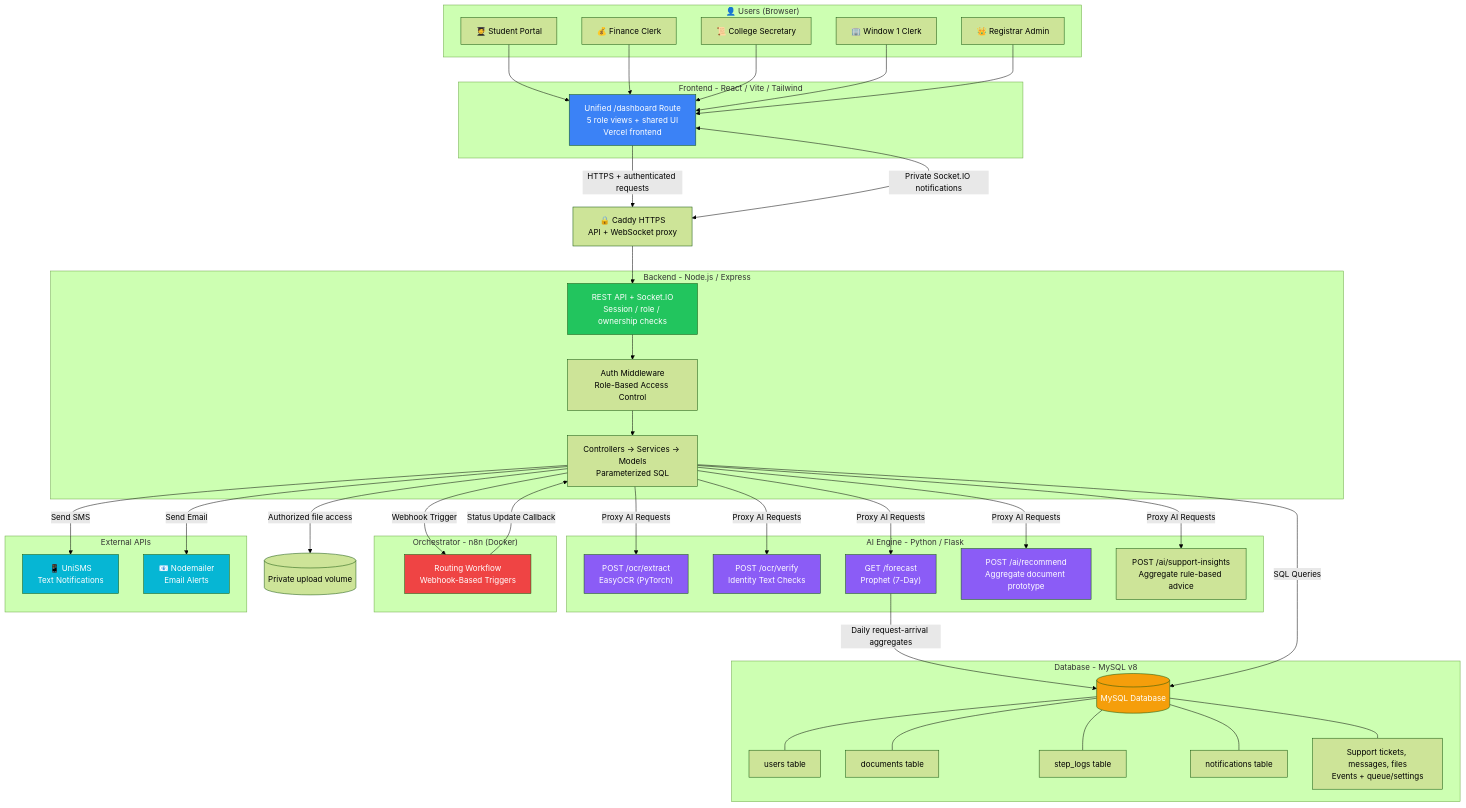
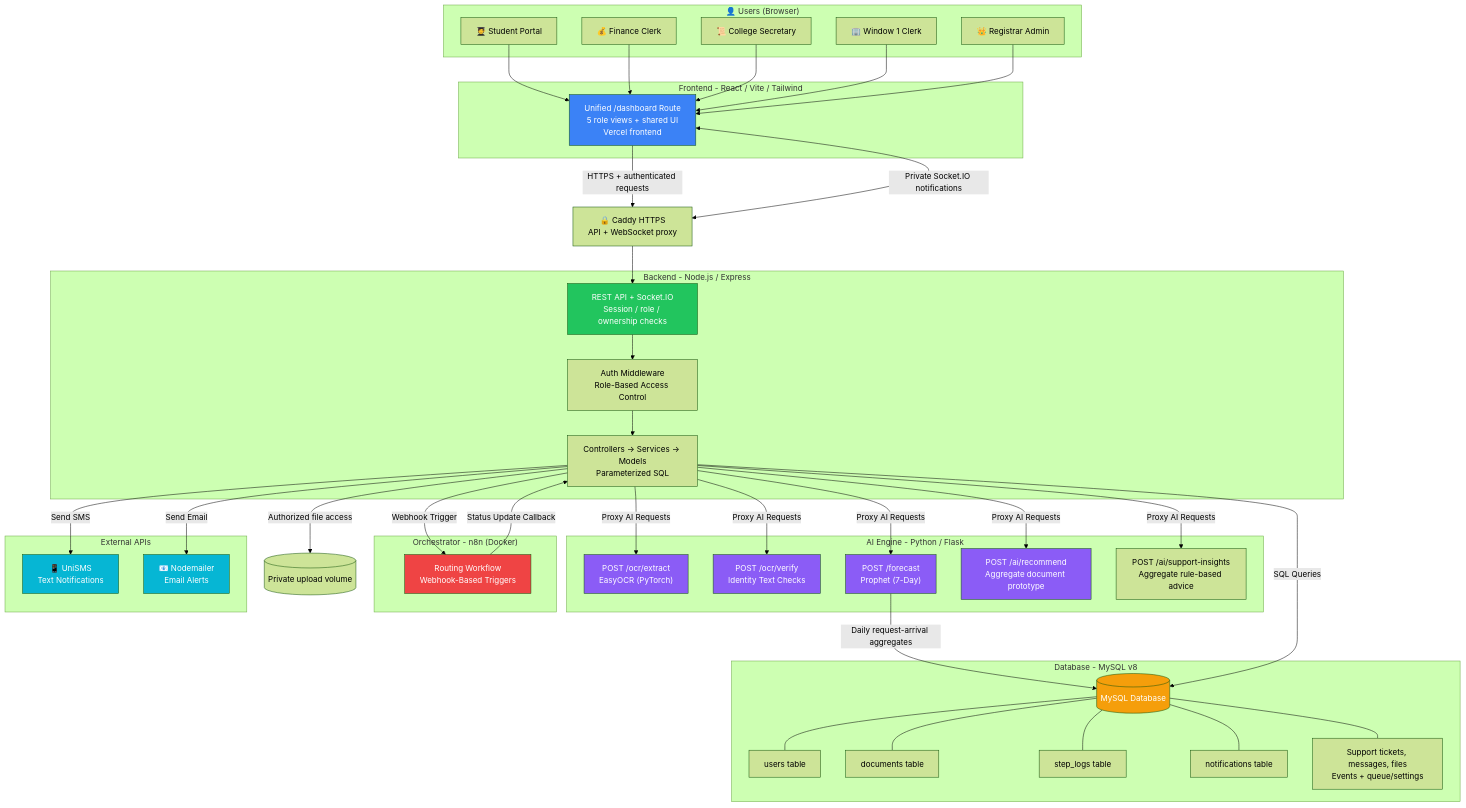
Before and after one commit to mafuyyuuu/Project-TRACE: the first of 5 diagrams in docs/CAPSTONE_DEFENSE_GUIDE.md, drawn with Mermaid (forest theme). The commit also changed other lines of this file and 21 other files, not shown here.

````diff
--- a/docs/CAPSTONE_DEFENSE_GUIDE.md
+++ b/docs/CAPSTONE_DEFENSE_GUIDE.md
@@ -23,74 +23,74 @@
 ```mermaid
 graph TB
     subgraph "👤 Users (Browser)"
         STU["🧑‍🎓 Student Portal"]
         FIN["💰 Finance Clerk"]
         SEC["📜 College Secretary"]
         W1["🏢 Window 1 Clerk"]
         ADM["👑 Registrar Admin"]
     end
 
     subgraph "Frontend - React / Vite / Tailwind"
         UI["Unified /dashboard Route<br/>5 role views + shared UI<br/>Vercel frontend"]
     end
 
     subgraph "Backend - Node.js / Express"
         API["REST API + Socket.IO<br/>Session / role / ownership checks"]
         AUTH["Auth Middleware<br/>Role-Based Access Control"]
         ROUTES["Controllers → Services → Models<br/>Parameterized SQL"]
     end
 
     subgraph "Database - MySQL v8"
         DB[("MySQL Database")]
         USERS["users table"]
         DOCS["documents table"]
         LOGS["step_logs table"]
         NOTIFS["notifications table"]
         TICKETS["Support tickets, messages, files<br/>Events + queue/settings"]
     end
 
     subgraph "AI Engine - Python / Flask"
         OCR["POST /ocr/extract<br/>EasyOCR (PyTorch)"]
         VERIFY["POST /ocr/verify<br/>Identity Text Checks"]
-        FORECAST["GET /forecast<br/>Prophet (7-Day)"]
+        FORECAST["POST /forecast<br/>Prophet (7-Day)"]
         INSIGHTS["POST /ai/recommend<br/>Aggregate document prototype"]
         SUPPORTAI["POST /ai/support-insights<br/>Aggregate rule-based advice"]
     end
 
     subgraph "Orchestrator - n8n (Docker)"
         N8N["Routing Workflow<br/>Webhook-Based Triggers"]
     end
 
     subgraph "External APIs"
         SMS["📱 UniSMS<br/>Text Notifications"]
         EMAIL["📧 Nodemailer<br/>Email Alerts"]
     end
 
     STU & FIN & SEC & W1 & ADM --> UI
     PROXY["🔒 Caddy HTTPS<br/>API + WebSocket proxy"]
     FILES[("Private upload volume")]
     UI -->|"HTTPS + authenticated requests"| PROXY
     UI <-->|"Private Socket.IO notifications"| PROXY
     PROXY --> API
     ROUTES -->|"Authorized file access"| FILES
     FORECAST -->|"Daily request-arrival aggregates"| DB
     API --> AUTH --> ROUTES
     ROUTES -->|"SQL Queries"| DB
     DB --- USERS & DOCS & LOGS & NOTIFS & TICKETS
     ROUTES -->|"Proxy AI Requests"| OCR & VERIFY & FORECAST & INSIGHTS & SUPPORTAI
     ROUTES -->|"Webhook Trigger"| N8N
     N8N -->|"Status Update Callback"| ROUTES
     ROUTES -->|"Send SMS"| SMS
     ROUTES -->|"Send Email"| EMAIL
 
     style UI fill:#3b82f6,color:#fff
     style API fill:#22c55e,color:#fff
     style DB fill:#f59e0b,color:#fff
     style OCR fill:#8b5cf6,color:#fff
     style VERIFY fill:#8b5cf6,color:#fff
     style FORECAST fill:#8b5cf6,color:#fff
     style INSIGHTS fill:#8b5cf6,color:#fff
     style N8N fill:#ef4444,color:#fff
     style SMS fill:#06b6d4,color:#fff
     style EMAIL fill:#06b6d4,color:#fff
 ```
````
